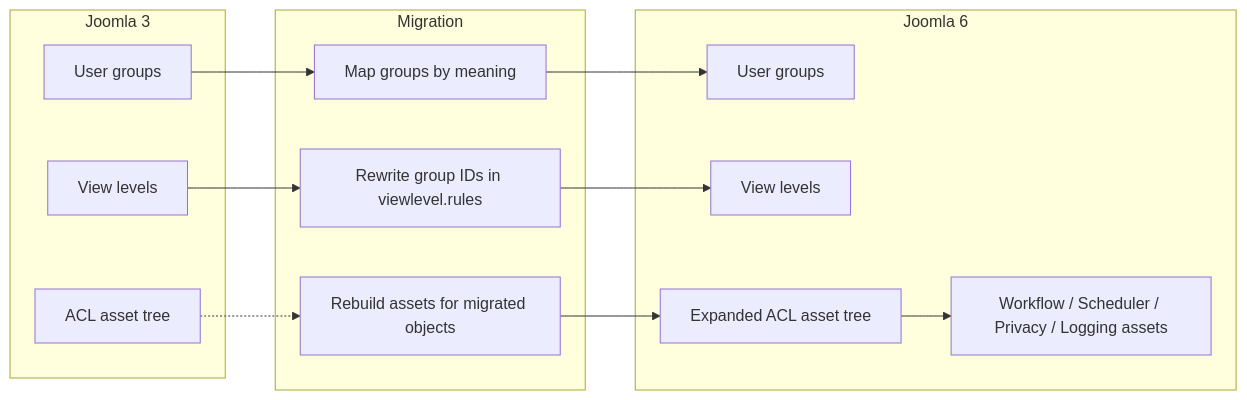
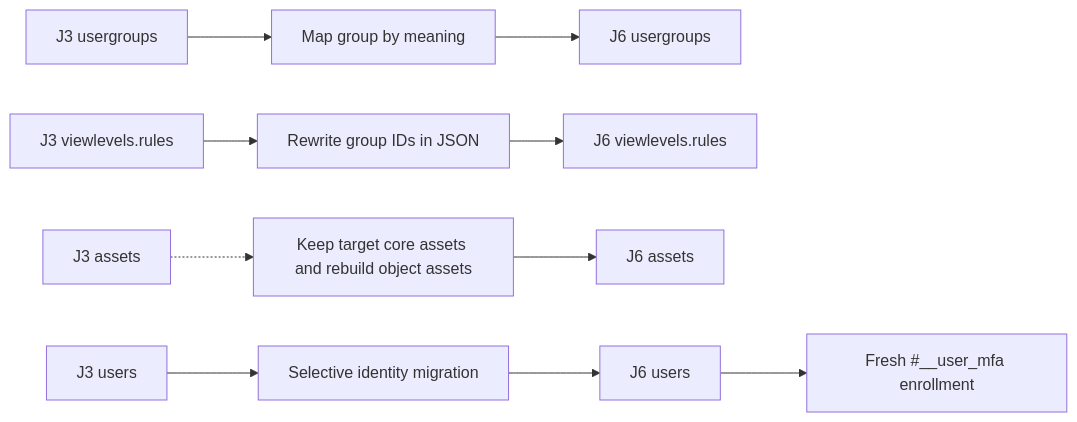
Before and after one commit to duyduyly/php-notebook: the tenth of 15 diagrams in docs/joomla/learning/database/joomla3-vs-joomla6-erd-gap-diagrams.md, drawn with Mermaid. The commit also changed other lines of this file, not shown here.

Commit message:
docs: fix Mermaid ERD gaps and add side-by-side table comparisons

````diff
--- a/docs/joomla/learning/database/joomla3-vs-joomla6-erd-gap-diagrams.md
+++ b/docs/joomla/learning/database/joomla3-vs-joomla6-erd-gap-diagrams.md
@@ -500,26 +388,8 @@
 ```mermaid
 flowchart LR
-    subgraph J3["Joomla 3"]
-        J3GROUP["User groups"]
-        J3VIEW["View levels"]
-        J3ASSET["ACL asset tree"]
-    end
-
-    subgraph MAP["Migration"]
-        GROUPMAP["Map groups by meaning"]
-        RULEMAP["Rewrite group IDs in viewlevel.rules"]
-        ASSETBUILD["Rebuild assets for migrated objects"]
-    end
-
-    subgraph J6["Joomla 6"]
-        J6GROUP["User groups"]
-        J6VIEW["View levels"]
-        J6ASSET["Expanded ACL asset tree"]
-        NEWASSETS["Workflow / Scheduler / Privacy / Logging assets"]
-    end
-
-    J3GROUP --> GROUPMAP --> J6GROUP
-    J3VIEW --> RULEMAP --> J6VIEW
-    J3ASSET -.-> ASSETBUILD --> J6ASSET
-    J6ASSET --> NEWASSETS
+    J3GROUP["J3 usergroups"] --> GMAP["Map group by meaning"] --> J6GROUP["J6 usergroups"]
+    J3VIEW["J3 viewlevels.rules"] --> RULEMAP["Rewrite group IDs in JSON"] --> J6VIEW["J6 viewlevels.rules"]
+    J3ASSET["J3 assets"] -.-> REBUILD["Keep target core assets and rebuild object assets"] --> J6ASSET["J6 assets"]
+    J3USER["J3 users"] --> USERMAP["Selective identity migration"] --> J6USER["J6 users"]
+    J6USER --> MFA["Fresh #__user_mfa enrollment"]
 ```
````
